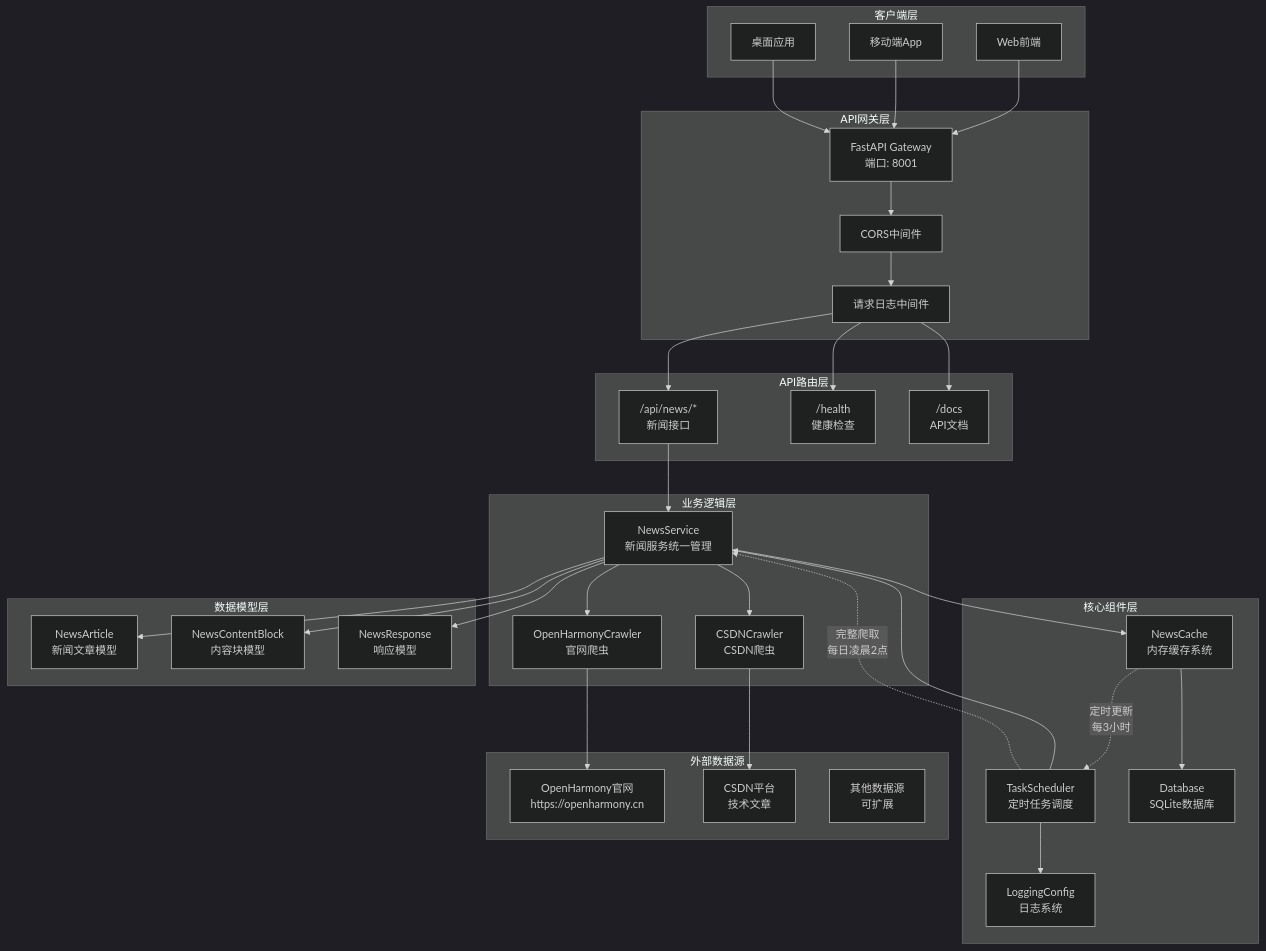
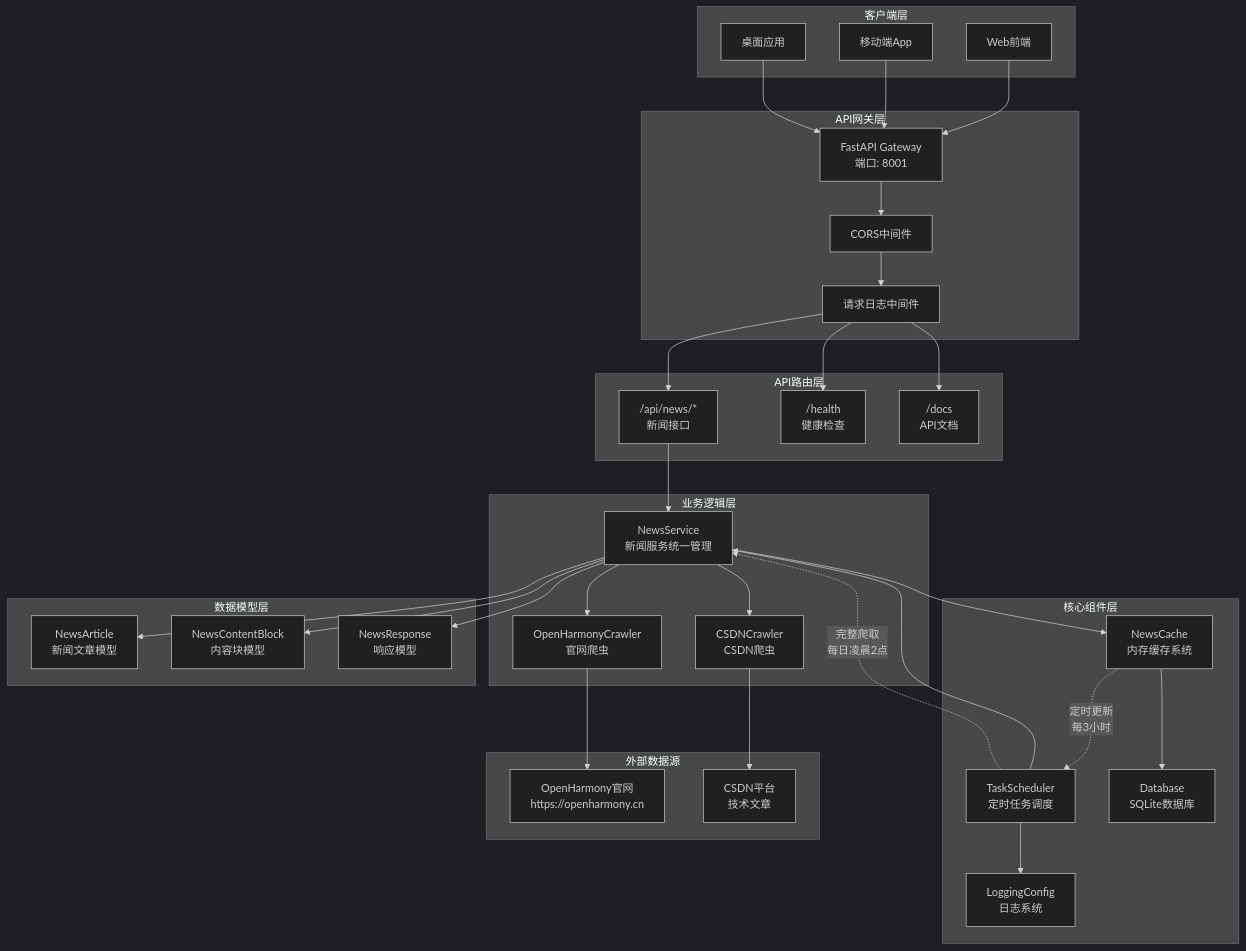
Before and after one commit to buaa-icf/ostest_integration_test: the diagram in scenario/NowInOpenHarmony/Server/架构文档.md, drawn with Mermaid (dark theme). The commit also changed other lines of this file and 9 other files, not shown here.

````diff
--- a/scenario/NowInOpenHarmony/Server/架构文档.md
+++ b/scenario/NowInOpenHarmony/Server/架构文档.md
@@ -53,74 +53,73 @@
 ```mermaid
 graph TB
     subgraph "客户端层"
         A[Web前端] 
         B[移动端App]
         C[桌面应用]
     end
     
     subgraph "API网关层"
         D[FastAPI Gateway<br/>端口: 8001]
         E[CORS中间件]
         F[请求日志中间件]
     end
     
     subgraph "API路由层"
         G["/api/news/*<br/>新闻接口"]
         H["/health<br/>健康检查"]
         I["/docs<br/>API文档"]
     end
     
     subgraph "业务逻辑层"
         J[NewsService<br/>新闻服务统一管理]
         K[OpenHarmonyCrawler<br/>官网爬虫]
         L[CSDNCrawler<br/>CSDN爬虫]
     end
     
     subgraph "核心组件层"
         M[NewsCache<br/>内存缓存系统]
         N[TaskScheduler<br/>定时任务调度]
         O[Database<br/>SQLite数据库]
         P[LoggingConfig<br/>日志系统]
     end
     
     subgraph "数据模型层"
         Q[NewsArticle<br/>新闻文章模型]
         R[NewsContentBlock<br/>内容块模型]
         S[NewsResponse<br/>响应模型]
     end
     
     subgraph "外部数据源"
         T[OpenHarmony官网<br/>https://openharmony.cn]
         U[CSDN平台<br/>技术文章]
-        V[其他数据源<br/>可扩展]
     end
     
     A --> D
     B --> D
     C --> D
     
     D --> E
     E --> F
     F --> G
     F --> H
     F --> I
     
     G --> J
     J --> K
     J --> L
     
     K --> T
     L --> U
     
     J --> M
     J --> Q
     J --> R
     J --> S
     
     N --> J
     M --> O
     N --> P
     
     M -.->|"定时更新<br/>每3小时"| N
     N -.->|"完整爬取<br/>每日凌晨2点"| J
 ```
````
